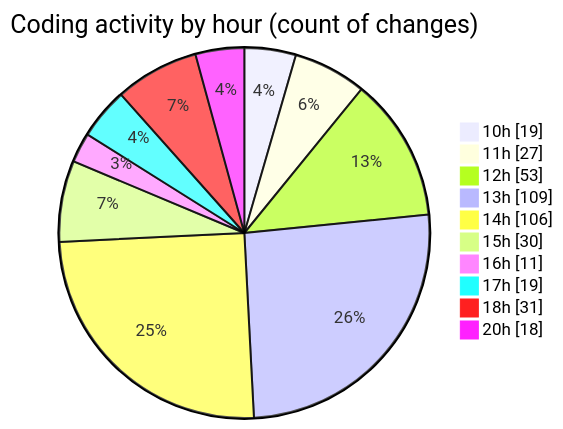
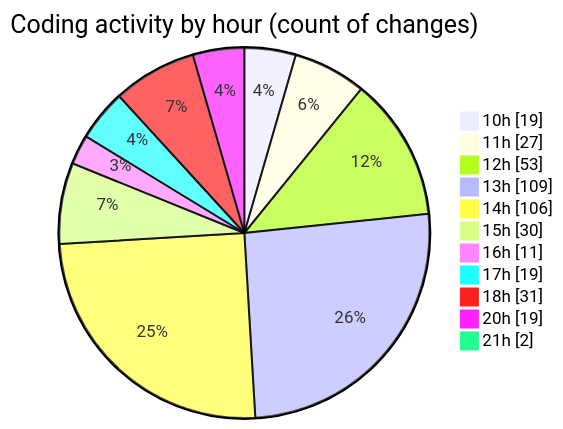
The second of 2 diagrams in 2025-03-18/cda/README.md (momahboobian/code-tracking), drawn with Mermaid before and after one commit. The commit also changed other lines of this file and 1 other file, not shown here.

````diff
--- a/2025-03-18/cda/README.md
+++ b/2025-03-18/cda/README.md
@@ -44,14 +44,15 @@
 ```mermaid
 pie showData
 title Coding activity by hour (count of changes)
 "10h" : 19
 "11h" : 27
 "12h" : 53
 "13h" : 109
 "14h" : 106
 "15h" : 30
 "16h" : 11
 "17h" : 19
 "18h" : 31
-"20h" : 18
+"20h" : 19
+"21h" : 2
 ```
````
